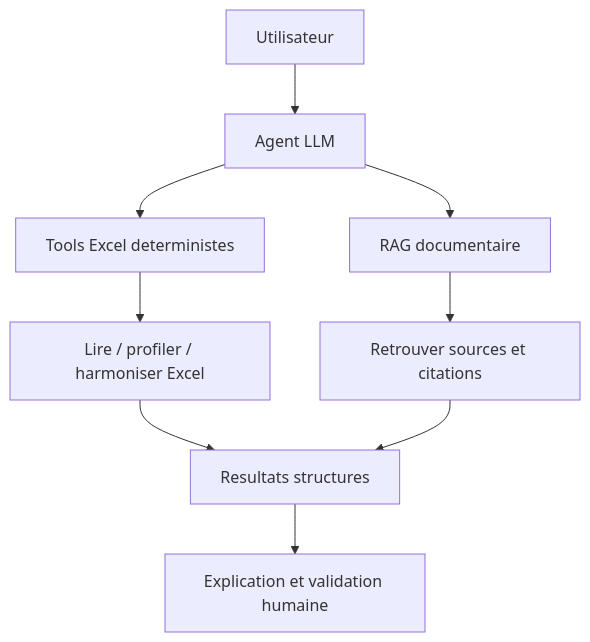
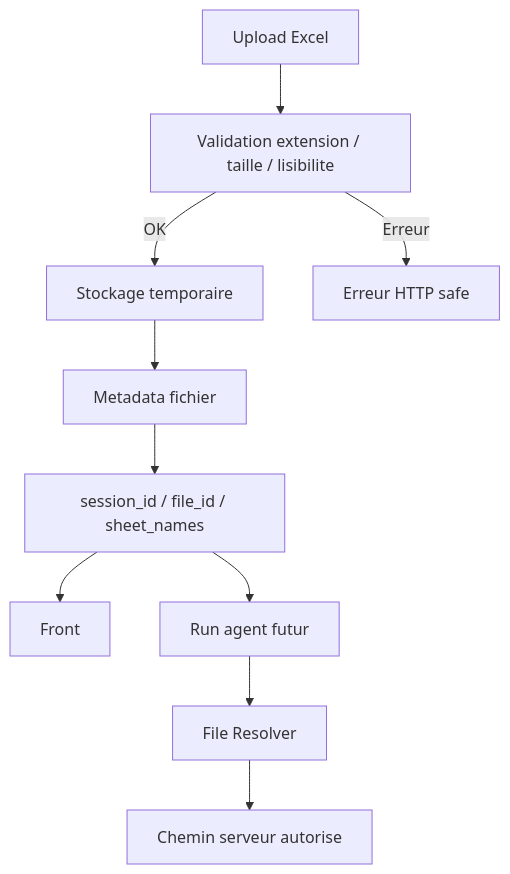
Before and after one commit to Appolinairee/fiscal-control-engine: the second of 9 diagrams in docs/rag-flow-mermaid.md, drawn with Mermaid. The commit also changed other lines of this file and 24 other files, not shown here.

First line of the commit message:
feat(agent): implement deterministic tool routing and analytical ledger tools

````diff
--- a/docs/rag-flow-mermaid.md
+++ b/docs/rag-flow-mermaid.md
@@ -5,11 +47,13 @@
 ```mermaid
 flowchart TD
-    U[Utilisateur] --> A[Agent LLM]
-    A --> T[Tools Excel deterministes]
-    A --> R[RAG documentaire]
-    T --> X[Lire / profiler / harmoniser Excel]
-    R --> S[Retrouver sources et citations]
-    X --> O[Resultats structures]
-    S --> O
-    O --> H[Explication et validation humaine]
+    U[Upload Excel] --> V[Validation extension / taille / lisibilite]
+    V -->|OK| S[Stockage temporaire]
+    V -->|Erreur| E[Erreur HTTP safe]
+    S --> M[Metadata fichier]
+    M --> R[session_id / file_id / sheet_names]
+    R --> F[Front]
+
+    R --> RUN[Run agent futur]
+    RUN --> FR[File Resolver]
+    FR --> P[Chemin serveur autorise]
 ```
````
